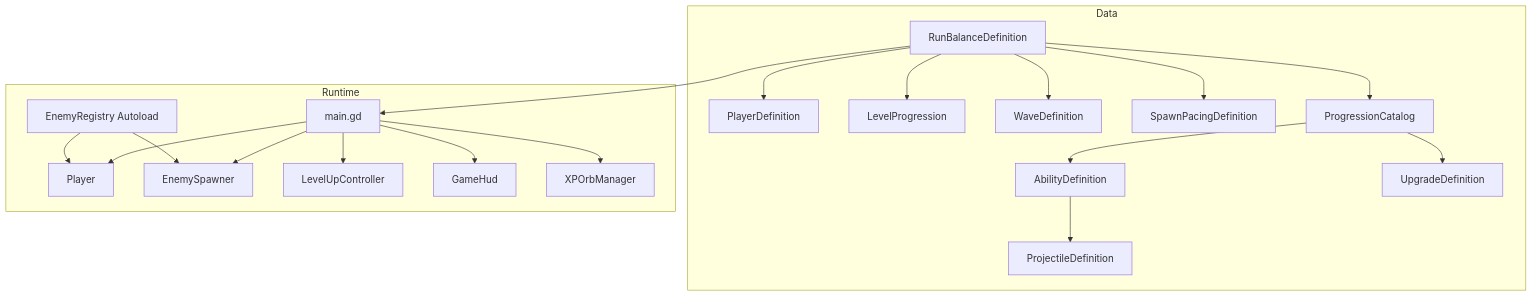
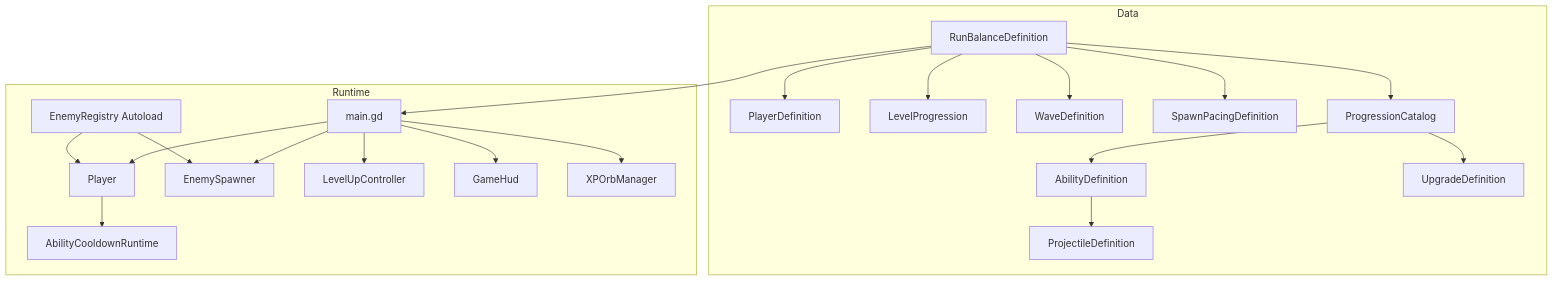
One commit to mp1707/godot-survivors-game changed the first of 9 diagrams in ARCHITECTURE.md. Above: the diagram before and after it, drawn with Mermaid. The commit also changed other lines of this file and 20 other files, not shown here.

Commit message:
feat: implement ability cooldown system with runtime tracking and UI overlays

````diff
--- a/ARCHITECTURE.md
+++ b/ARCHITECTURE.md
@@ -8,42 +8,44 @@
 ```mermaid
 flowchart TB
     subgraph Data
         RB["RunBalanceDefinition"]
         PD["PlayerDefinition"]
         LP["LevelProgression"]
         WD["WaveDefinition"]
         SP["SpawnPacingDefinition"]
         PC["ProgressionCatalog"]
         AD["AbilityDefinition"]
         UD["UpgradeDefinition"]
         PDE["ProjectileDefinition"]
     end
 
     subgraph Runtime
         MAIN["main.gd"]
         PLAYER["Player"]
+        CD["AbilityCooldownRuntime"]
         SPW["EnemySpawner"]
         LUC["LevelUpController"]
         HUD["GameHud"]
         ORB["XPOrbManager"]
         REG["EnemyRegistry Autoload"]
     end
 
     RB --> PD
     RB --> LP
     RB --> WD
     RB --> SP
     RB --> PC
     PC --> AD
     PC --> UD
     AD --> PDE
 
     RB --> MAIN
     MAIN --> PLAYER
+    PLAYER --> CD
     MAIN --> SPW
     MAIN --> LUC
     MAIN --> HUD
     MAIN --> ORB
     REG --> SPW
     REG --> PLAYER
 ```
````
